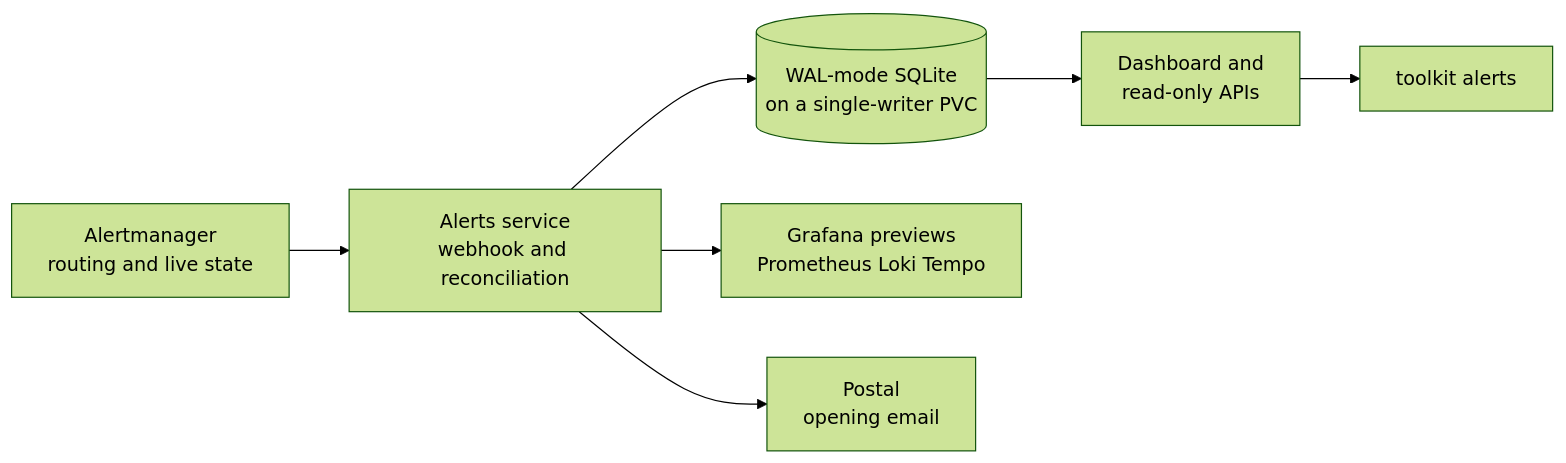
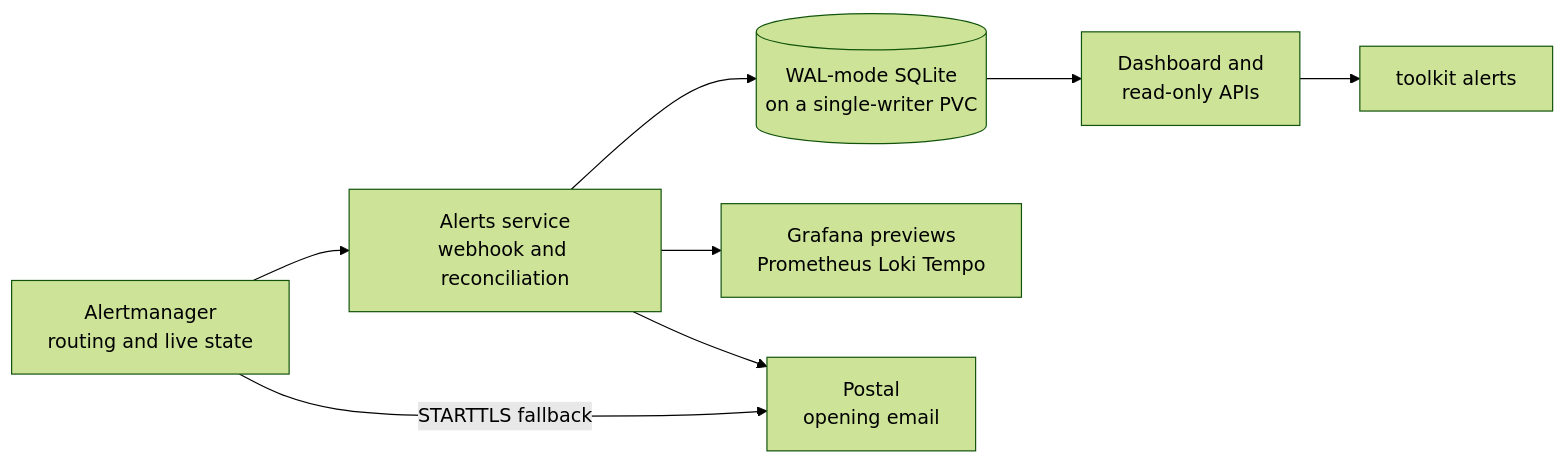
One commit to shepherdjerred/monorepo changed the diagram in packages/docs/wiki/src/content/docs/explanation/homelab/alerts.md. Above: the diagram before and after it, drawn with Mermaid (forest theme). The commit also changed other lines of this file and 11 other files, not shown here.

First line of the commit message:
fix(homelab): enable verified Postal SMTP TLS for Alertmanager

````diff
--- a/packages/docs/wiki/src/content/docs/explanation/homelab/alerts.md
+++ b/packages/docs/wiki/src/content/docs/explanation/homelab/alerts.md
@@ -12,20 +12,21 @@
 ```mermaid
 flowchart LR
   accTitle: Alert routing and durable history
-  accDescr: Alertmanager remains authoritative for live state. Its authenticated webhook and snapshots feed a WAL-mode SQLite ledger on a single-writer PVC; the dashboard, read-only API, toolkit, Grafana previews, and Postal opening email use that ledger.
+  accDescr: Alertmanager remains authoritative for live state. Its authenticated webhook and snapshots feed a WAL-mode SQLite ledger on a single-writer PVC; the dashboard, read-only API, toolkit, Grafana previews, and Postal opening email use that ledger. Alertmanager also submits fallback mail to Postal over STARTTLS.
 
   AM[Alertmanager\nrouting and live state]
   LEDGER[Alerts service\nwebhook and reconciliation]
   DB[(WAL-mode SQLite\non a single-writer PVC)]
   UI[Dashboard and\nread-only APIs]
   CLI[toolkit alerts]
   GRAFANA[Grafana previews\nPrometheus Loki Tempo]
   POSTAL[Postal\nopening email]
 
   AM --> LEDGER
   LEDGER --> DB
   DB --> UI
   UI --> CLI
   LEDGER --> GRAFANA
   LEDGER --> POSTAL
+  AM -->|STARTTLS fallback| POSTAL
 ```
````
